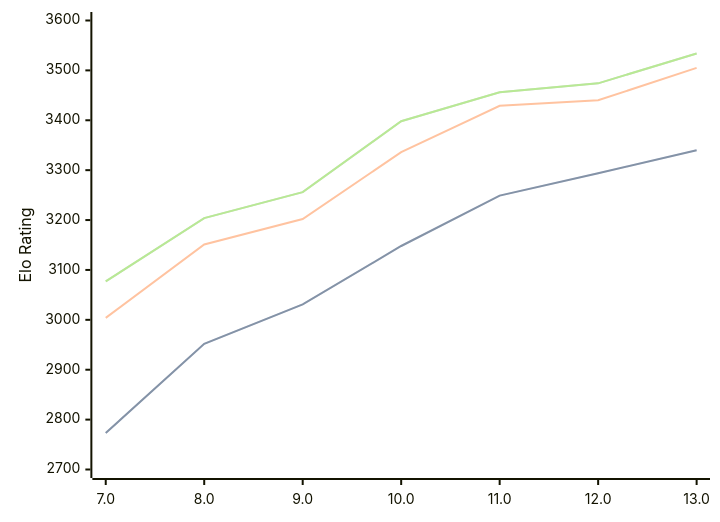
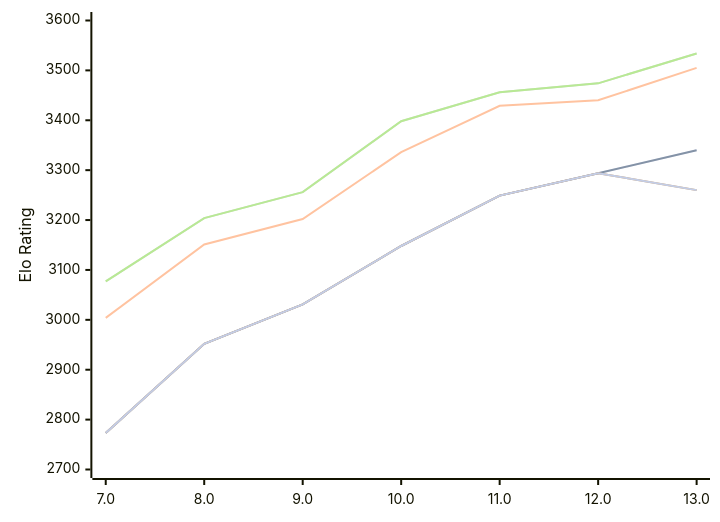
One commit to computer-chess-index/cci changed the diagram in engines/Tcheran.md. Above: the diagram before and after it, drawn with Mermaid. The commit also changed other lines of this file, not shown here.

Commit message:
Update CCI Ratings (ELO VLTC) - 2026-10-11

````diff
--- a/engines/Tcheran.md
+++ b/engines/Tcheran.md
@@ -53,16 +53,13 @@
 ```mermaid
 %%{init: {"theme":"base","themeVariables":{"seriesColors:['#a3a3a3','#222221','#faa371']}}}%%
 xychart-beta
   x-axis ["7.0", "8.0", "9.0", "10.0", "11.0", "12.0", "13.0"]
   y-axis "Elo Rating" 2700 --> 3600
   line "" [2773, 2952, 3031, 3148, 3249, 3294, 3340]
   line "T1: STC (8.0+0.08s)" [2773, 2952, 3031, 3148, 3249, 3294, 3340]
   line "T1: LTC (60.0+0.60s)" [3004, 3151, 3202, 3336, 3429, 3440, 3505]
   line "" [3077, 3204, 3256, 3398, 3456, 3474, 3534]
   line "T1: VLTC (2m24s+1.12s)" [3077, 3204, 3256, 3398, 3456, 3474, 3534]
-  line "" [3248]
-  line "E1: STC (8.0+0.08s)" [3248]
-  line "E1: LTC (60.0+0.60s)" [3453]
-  line "" [3506]
-  line "E1: VLTC (2m24s+1.12s)" [3506]
+  line "" [2773, 2952, 3031, 3148, 3249, 3294,3260]
+  line "E1: STC (8.0+0.08s)" [2773, 2952, 3031, 3148, 3249, 3294,3260]
 ```
````
